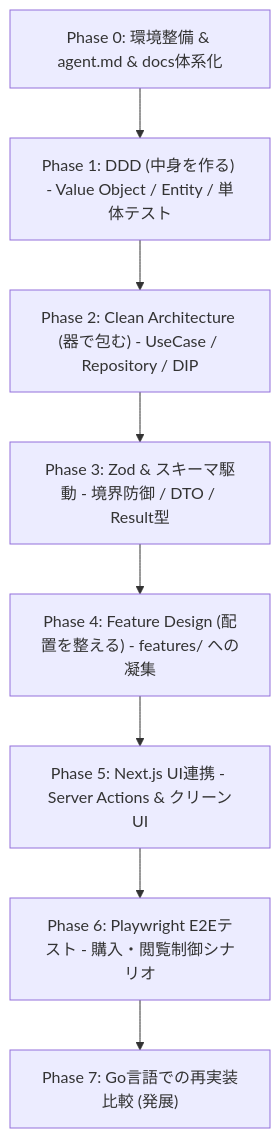
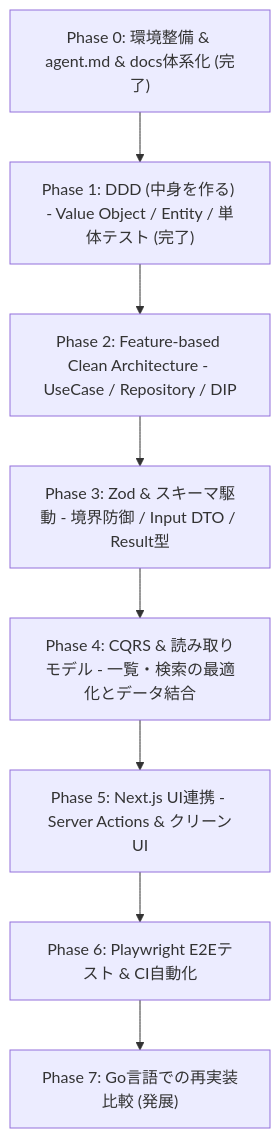
One commit to aracxk/ai-note-market changed the diagram in docs/00-meta/roadmap.md. Above: the diagram before and after it, drawn with Mermaid. The commit also changed other lines of this file and 2 other files, not shown here.

Commit message:
docs: Feature-based Clean Architecture設計思想の解説ドキュメント新設、およびロードマップの洗練（CQRS反映）

````diff
--- a/docs/00-meta/roadmap.md
+++ b/docs/00-meta/roadmap.md
@@ -5,13 +5,13 @@
 ```mermaid
 flowchart TD
-    Phase0["Phase 0: 環境整備 & agent.md & docs体系化"]
-    Phase1["Phase 1: DDD (中身を作る) - Value Object / Entity / 単体テスト"]
-    Phase2["Phase 2: Clean Architecture (器で包む) - UseCase / Repository / DIP"]
-    Phase3["Phase 3: Zod & スキーマ駆動 - 境界防御 / DTO / Result型"]
-    Phase4["Phase 4: Feature Design (配置を整える) - features/ への凝集"]
+    Phase0["Phase 0: 環境整備 & agent.md & docs体系化 (完了)"]
+    Phase1["Phase 1: DDD (中身を作る) - Value Object / Entity / 単体テスト (完了)"]
+    Phase2["Phase 2: Feature-based Clean Architecture - UseCase / Repository / DIP"]
+    Phase3["Phase 3: Zod & スキーマ駆動 - 境界防御 / Input DTO / Result型"]
+    Phase4["Phase 4: CQRS & 読み取りモデル - 一覧・検索の最適化とデータ結合"]
     Phase5["Phase 5: Next.js UI連携 - Server Actions & クリーンUI"]
-    Phase6["Phase 6: Playwright E2Eテスト - 購入・閲覧制御シナリオ"]
+    Phase6["Phase 6: Playwright E2Eテスト & CI自動化"]
     Phase7["Phase 7: Go言語での再実装比較 (発展)"]
 
     Phase0 --> Phase1 --> Phase2 --> Phase3 --> Phase4 --> Phase5 --> Phase6 --> Phase7
 ```
````
